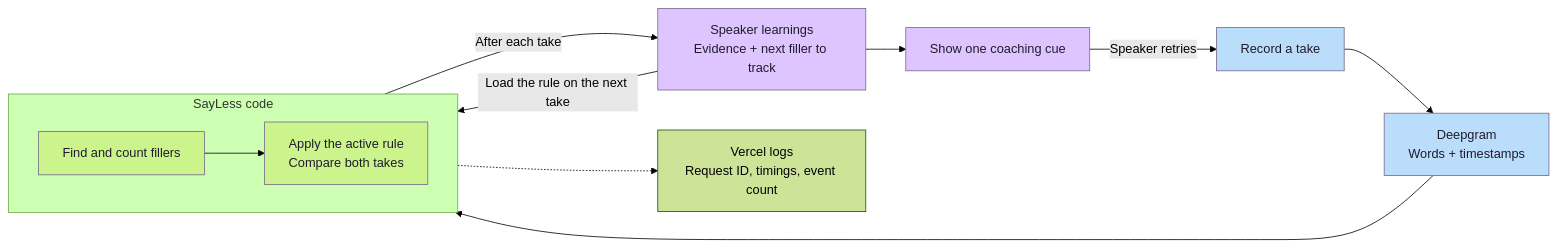
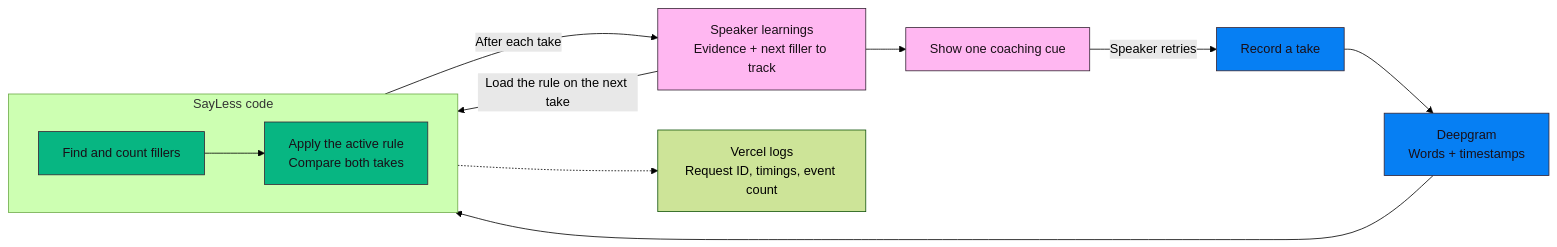
Before and after one commit to keananwongso/SayLess: the diagram in docs/voice-analysis.md, drawn with Mermaid (forest theme). The commit also changed 4 other files, not shown here.

````diff
--- a/docs/voice-analysis.md
+++ b/docs/voice-analysis.md
@@ -13,21 +13,21 @@
 ```mermaid
 flowchart LR
     A["Record a take"] --> B["Deepgram<br/>Words + timestamps"]
     B --> C
     subgraph S["SayLess code"]
         direction LR
         C["Find and count fillers"] --> D["Apply the active rule<br/>Compare both takes"]
     end
     D -->|After each take| E["Speaker learnings<br/>Evidence + next filler to track"]
     E -->|Load the rule on the next take| D
     E --> F["Show one coaching cue"]
     F -->|Speaker retries| A
     C -.-> G["Vercel logs<br/>Request ID, timings, event count"]
 
-    classDef voice fill:#BBDDFC,stroke:#756889,color:#201B2C
-    classDef analysis fill:#CBF58C,stroke:#756889,color:#201B2C
-    classDef learning fill:#DEC5FF,stroke:#756889,color:#201B2C
+    classDef voice fill:#067FF3,stroke:#362535,color:#190F17
+    classDef analysis fill:#07B682,stroke:#362535,color:#190F17
+    classDef learning fill:#FFB7F1,stroke:#362535,color:#190F17
     class A,B voice
     class C,D analysis
     class E,F learning
 ```
````
